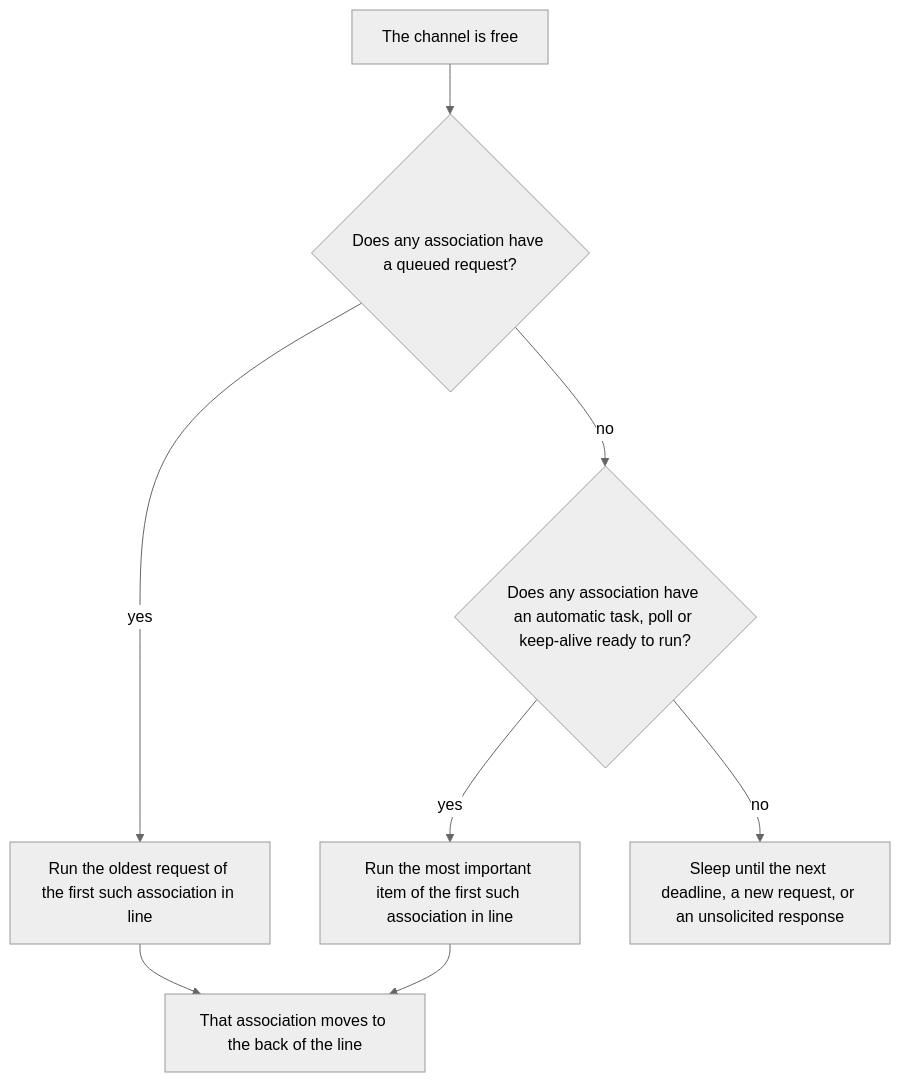
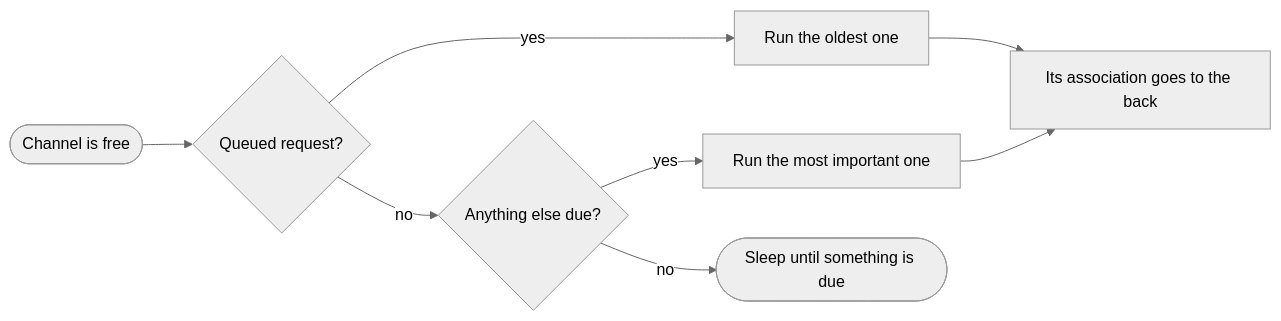
The diagram in guide/docs/api/master/scheduling.mdx (stepfunc/dnp3), drawn with Mermaid (neutral theme) before and after one commit. The commit also changed 13 other files, not shown here.

````diff
--- a/guide/docs/api/master/scheduling.mdx
+++ b/guide/docs/api/master/scheduling.mdx
@@ -50,10 +50,10 @@
 ```mermaid
-flowchart TD
-    free[The channel is free] --> user{Does any association have a queued request?}
-    user -- yes --> runUser[Run the oldest request of the first such association in line]
-    user -- no --> auto{Does any association have an automatic task, poll or keep-alive ready to run?}
-    auto -- yes --> runAuto[Run the most important item of the first such association in line]
-    auto -- no --> sleep[Sleep until the next deadline, a new request, or an unsolicited response]
-    runUser --> back[That association moves to the back of the line]
+flowchart LR
+    free([Channel is free]) --> user{Queued request?}
+    user -- yes --> runUser[Run the oldest one]
+    user -- no --> auto{Anything else due?}
+    auto -- yes --> runAuto[Run the most important one]
+    auto -- no --> sleep([Sleep until something is due])
+    runUser --> back[Its association goes to the back]
     runAuto --> back
 ```
````
